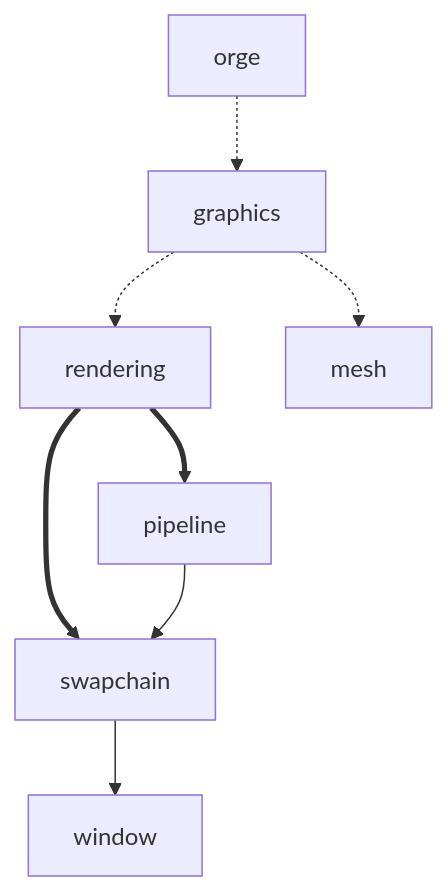
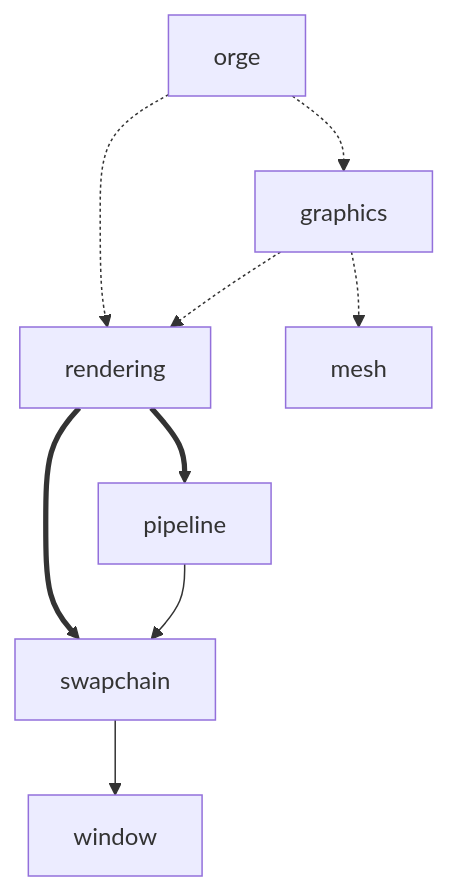
One commit to Tengu712/orge changed the diagram in docs/ARCHITECTURE.md. Above: the diagram before and after it, drawn with Mermaid. The commit also changed 7 other files, not shown here.

````diff
--- a/docs/ARCHITECTURE.md
+++ b/docs/ARCHITECTURE.md
@@ -5,10 +5,11 @@
 ```mermaid
 graph TD
     orge -.-> graphics
+    orge -.-> rendering
     graphics -.-> rendering
     graphics -.-> mesh
     rendering ==> swapchain
     rendering ==> pipeline
     swapchain --> window
     pipeline --> swapchain
 ```
````
